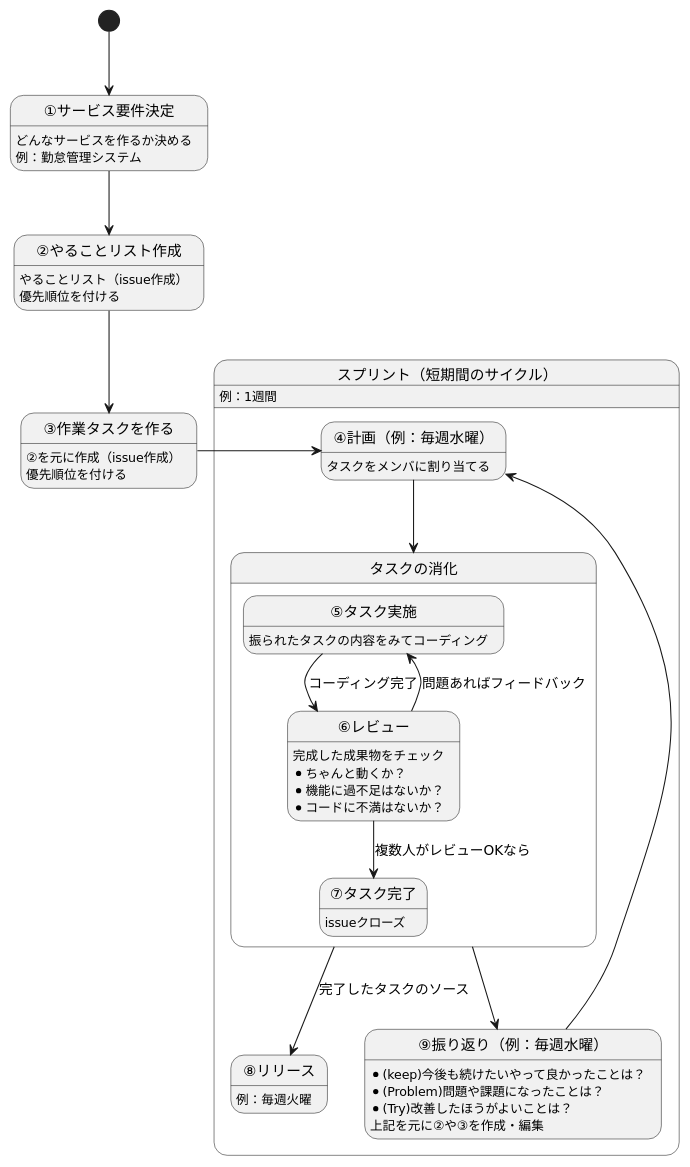
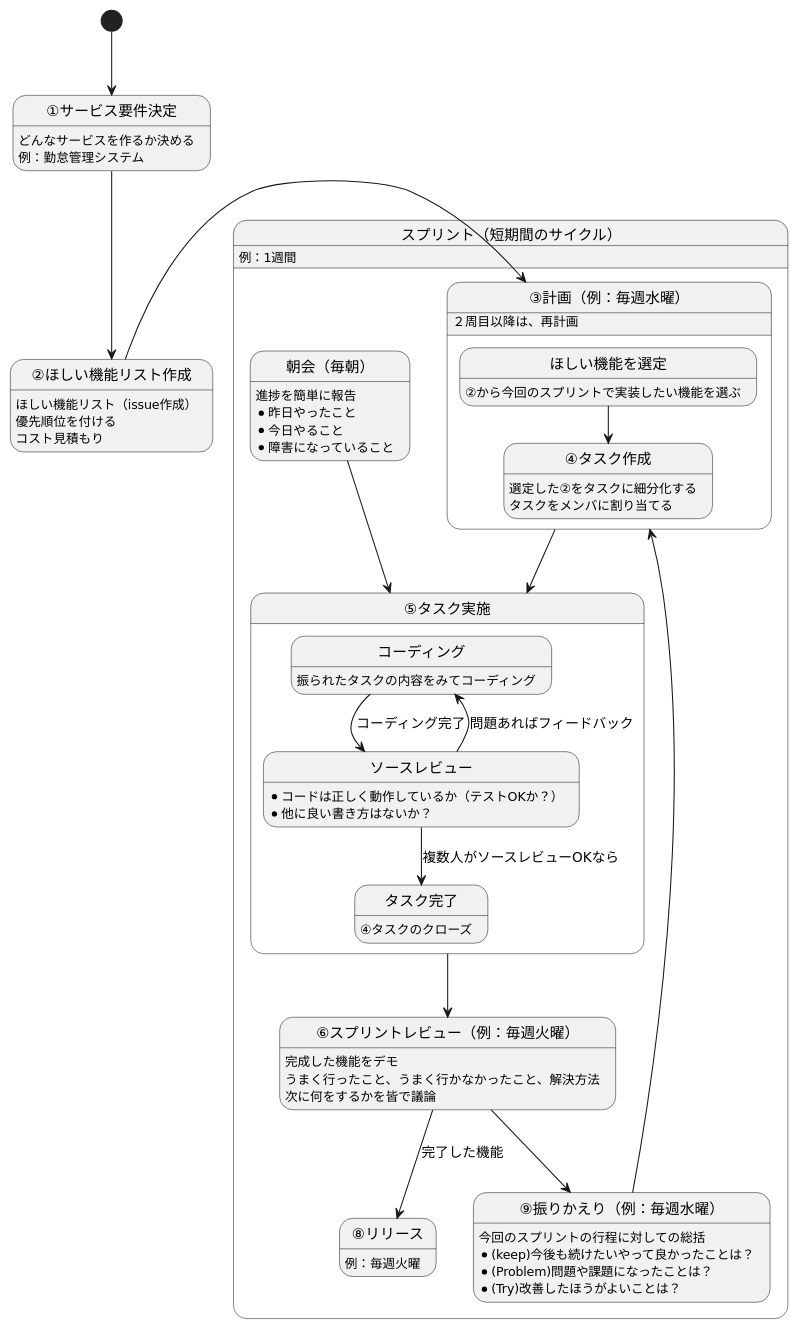
One commit to albyte/Hands-on-2019-03-10 changed the diagram in docs/dev_flow.puml. Above: the diagram before and after it, drawn with PlantUML. The commit also changed 7 other files, not shown here.

```diff
--- a/docs/dev_flow.puml
+++ b/docs/dev_flow.puml
@@ -1,59 +1,75 @@
 @startuml
 hide empty description
- [*] --> story
+
+[*] --> story
 state "①サービス要件決定" as story
 story: どんなサービスを作るか決める
 story: 例：勤怠管理システム
 
 story --> pb
-state "②やることリスト作成" as pb
-pb: やることリスト（issue作成）
-pb:優先順位を付ける
-
-pb --> pbi
-state "③作業タスクを作る" as pbi
-pbi:②を元に作成（issue作成）
-pbi:優先順位を付ける
+state "②ほしい機能リスト作成" as pb
+pb: ほしい機能リスト（issue作成）
+pb: 優先順位を付ける
+pb: コスト見積もり
 
 state "スプリント（短期間のサイクル）" as sprint {
 
-    pbi -> plan
-    state "④計画（例：毎週水曜）" as plan
-    plan: タスクをメンバに割り当てる
+    pb -right-> plan
+    state "③計画（例：毎週水曜）" as plan {
+        state "ほしい機能を選定" as select
+        select: ②から今回のスプリントで実装したい機能を選ぶ
 
-    plan --> task
-    state "タスクの消化" as task {
-
-        state "⑤タスク実施" as do
-        do: 振られたタスクの内容をみてコーディング
-
-        do --> check: コーディング完了
-        state "⑥レビュー" as check
-        check: 完成した成果物をチェック
-        check: * ちゃんと動くか？
-        check: * 機能に過不足はないか？
-        check: * コードに不満はないか？
-
-        check --> do: 問題あればフィードバック
-
-        check --> close: 複数人がレビューOKなら
-        state "⑦タスク完了" as close
-        close: issueクローズ
+        select --> task
+        state "④タスク作成" as task
+        task: 選定した②をタスクに細分化する
+        task: タスクをメンバに割り当てる
 
     }
-    task --> release: 完了したタスクのソース
+    plan: ２周目以降は、再計画
+
+    plan --> do
+    state "⑤タスク実施" as do {
+
+        state "コーディング" as code
+        code: 振られたタスクの内容をみてコーディング
+
+        code --> rv: コーディング完了
+        state "ソースレビュー" as rv
+        rv: * コードは正しく動作しているか（テストOKか？）
+        rv: * 他に良い書き方はないか？
+
+        rv --> code: 問題あればフィードバック
+
+        rv --> close: 複数人がソースレビューOKなら
+        state "タスク完了" as close
+        close: ④タスクのクローズ
+
+    }
+    daily --> do
+    state "朝会（毎朝）" as daily
+    daily: 進捗を簡単に報告
+    daily: * 昨日やったこと
+    daily: * 今日やること
+    daily: * 障害になっていること
+
+    do -down-> check
+    state "⑥スプリントレビュー（例：毎週火曜）" as check
+    check: 完成した機能をデモ
+    check: うまく行ったこと、うまく行かなかったこと、解決方法
+    check: 次に何をするかを皆で議論
+
+    check --> release: 完了した機能
     state "⑧リリース" as release
     release: 例：毎週火曜
 
-    task --> action
-    state "⑨振り返り（例：毎週水曜）" as action
+    check --> action
+    state "⑨振りかえり（例：毎週水曜）" as action
+    action: 今回のスプリントの行程に対しての総括
     action: * (keep)今後も続けたいやって良かったことは？
     action: * (Problem)問題や課題になったことは？
     action: * (Try)改善したほうがよいことは？
-    action: 上記を元に②や③を作成・編集
     action --> plan
 
 }
 sprint: 例：1週間
-
 @enduml
```
